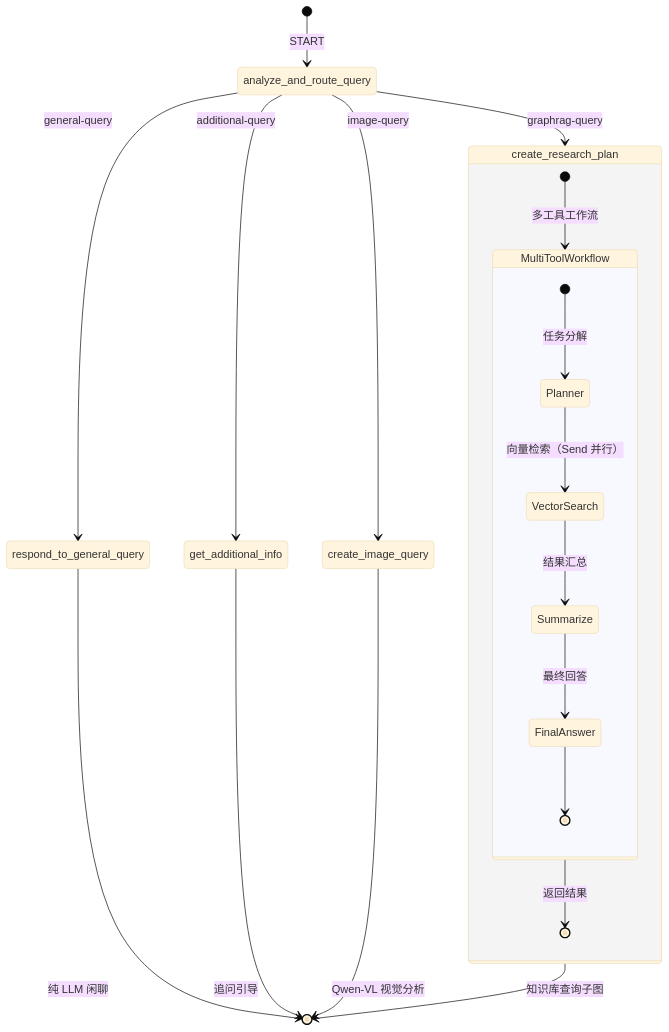
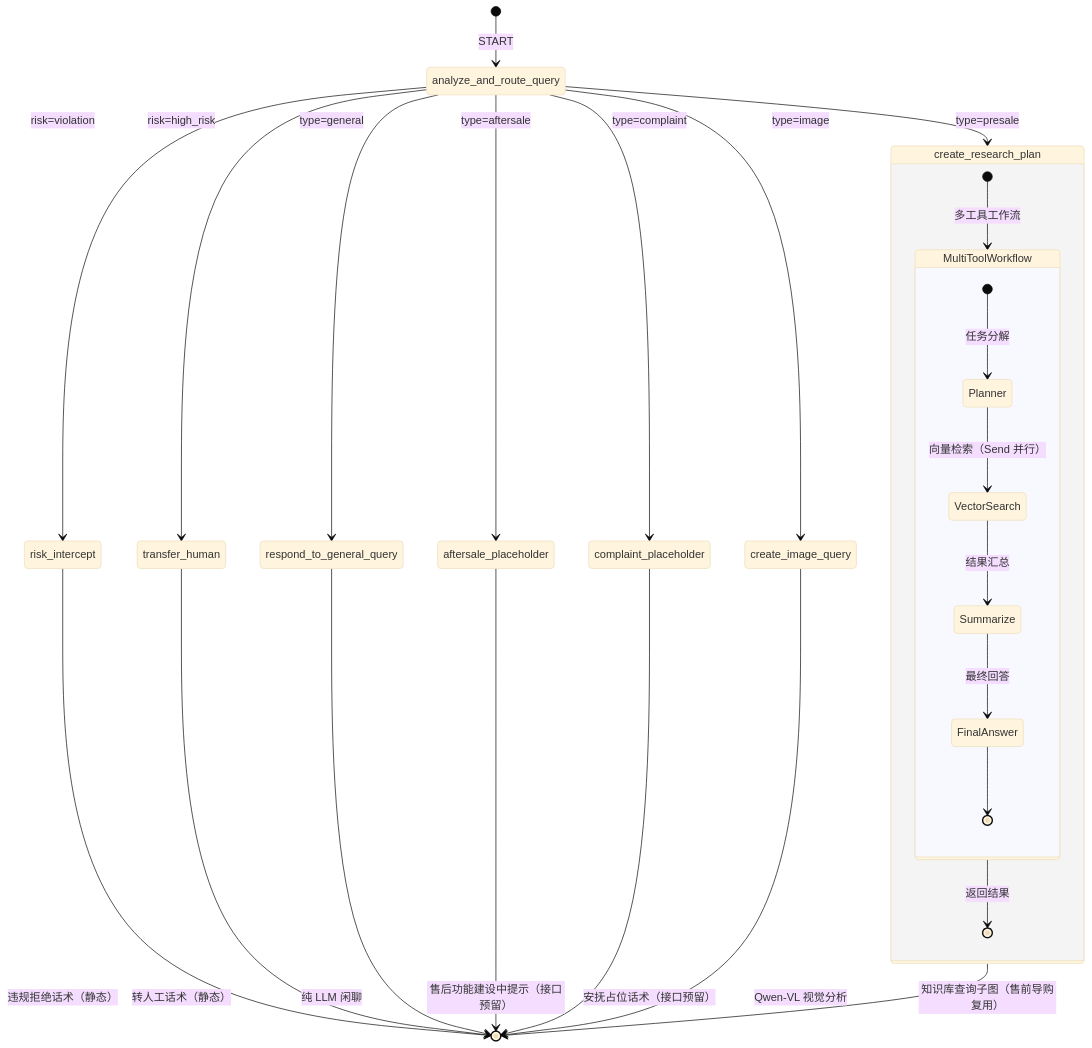
The fourth of 15 diagrams in docs/PROJECT_ANALYSIS.md (blowt16/SmartCS-Agent), drawn with Mermaid (base theme) before and after one commit. The commit also changed other lines of this file, not shown here.

First line of the commit message:
docs: PROJECT_ANALYSIS 更新意图识别现状——三维合并路由、7 分支流程、占位节点与评测

````diff
--- a/docs/PROJECT_ANALYSIS.md
+++ b/docs/PROJECT_ANALYSIS.md
@@ -305,26 +306,32 @@
 ```mermaid
 stateDiagram-v2
     [*] --> analyze_and_route_query: START
-    analyze_and_route_query --> respond_to_general_query: general-query
-    analyze_and_route_query --> get_additional_info: additional-query
-    analyze_and_route_query --> create_research_plan: graphrag-query
-    analyze_and_route_query --> create_image_query: image-query
+    analyze_and_route_query --> risk_intercept: risk=violation
+    analyze_and_route_query --> transfer_human: risk=high_risk
+    analyze_and_route_query --> respond_to_general_query: type=general
+    analyze_and_route_query --> create_research_plan: type=presale
+    analyze_and_route_query --> aftersale_placeholder: type=aftersale
+    analyze_and_route_query --> complaint_placeholder: type=complaint
+    analyze_and_route_query --> create_image_query: type=image
 
+    risk_intercept --> [*]: 违规拒绝话术（静态）
+    transfer_human --> [*]: 转人工话术（静态）
     respond_to_general_query --> [*]: 纯 LLM 闲聊
-    get_additional_info --> [*]: 追问引导
-    create_research_plan --> [*]: 知识库查询子图
+    aftersale_placeholder --> [*]: 售后功能建设中提示（接口预留）
+    complaint_placeholder --> [*]: 安抚占位话术（接口预留）
+    create_research_plan --> [*]: 知识库查询子图（售前导购复用）
     create_image_query --> [*]: Qwen-VL 视觉分析
 
     state create_research_plan {
         [*] --> MultiToolWorkflow: 多工具工作流
         MultiToolWorkflow --> [*]: 返回结果
 
         state MultiToolWorkflow {
             [*] --> Planner: 任务分解
             Planner --> VectorSearch: 向量检索（Send 并行）
             VectorSearch --> Summarize: 结果汇总
             Summarize --> FinalAnswer: 最终回答
             FinalAnswer --> [*]
         }
     }
 ```
````
